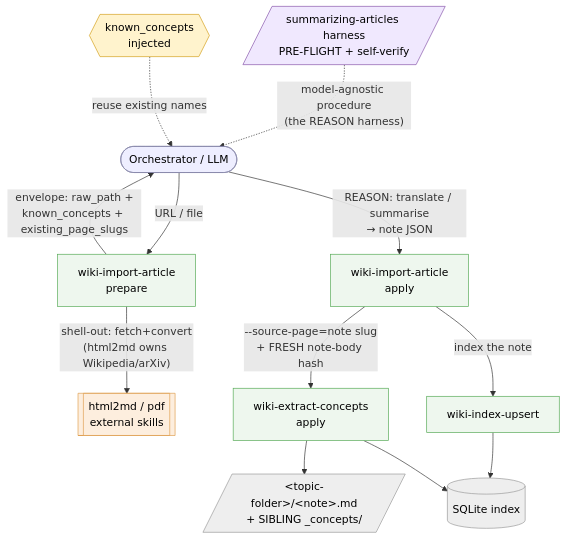
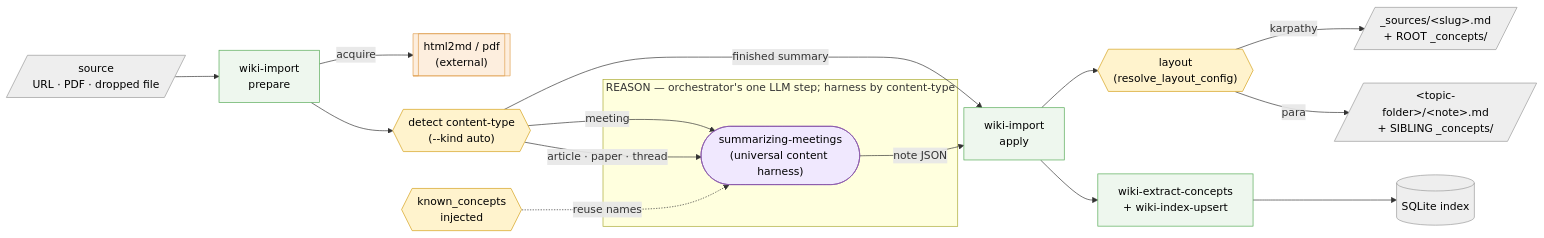
Before and after one commit to MatrixFounder/llm-wiki: the second of 3 diagrams in docs/architectures/functional-architecture.md, drawn with Mermaid. The commit also changed other lines of this file and 22 other files, not shown here.

````diff
--- a/docs/architectures/functional-architecture.md
+++ b/docs/architectures/functional-architecture.md
@@ -741,31 +715,24 @@
 ```mermaid
-flowchart TD
-    O(["Orchestrator / LLM"])
-    PP["wiki-import-article<br/>prepare"]
-    H[["html2md / pdf<br/>external skills"]]
-    SA[/"summarizing-articles harness<br/>PRE-FLIGHT + self-verify"/]
-    AP["wiki-import-article<br/>apply"]
-    EC["wiki-extract-concepts<br/>apply"]
-    UP["wiki-index-upsert"]
-    KC{{"known_concepts<br/>injected"}}
-    FS[/"&lt;topic-folder&gt;/&lt;note&gt;.md<br/>+ SIBLING _concepts/"/]
-    DB[("SQLite index")]
-    O -->|"URL / file"| PP
-    PP -->|"shell-out: fetch+convert<br/>(html2md owns Wikipedia/arXiv)"| H
-    PP -->|"envelope: raw_path +<br/>known_concepts + existing_page_slugs"| O
-    SA -.->|"model-agnostic procedure<br/>(the REASON harness)"| O
-    KC -.->|"reuse existing names"| O
-    O -->|"REASON: translate / summarise<br/>→ note JSON"| AP
-    AP -->|"--source-page=note slug<br/>+ FRESH note-body hash"| EC
-    AP -->|"index the note"| UP
-    EC --> FS
-    UP --> DB
-    EC --> DB
-    classDef llm fill:#eef,stroke:#88a,color:#000;
+flowchart LR
+    SRC[/"source<br/>URL · PDF · dropped file"/] --> PREP["wiki-import<br/>prepare"]
+    PREP -->|acquire| ACQ[["html2md / pdf<br/>(external)"]]
+    PREP --> KIND{{"detect content-type<br/>(--kind auto)"}}
+    KIND -->|meeting| R
+    KIND -->|article · paper · thread| R
+    KIND -->|finished summary| FILE
+    KC{{"known_concepts<br/>injected"}} -.->|reuse names| R
+    subgraph REASON["REASON — orchestrator's one LLM step; harness by content-type"]
+      R(["summarizing-meetings<br/>(universal content harness)"])
+    end
+    R -->|note JSON| FILE["wiki-import<br/>apply"]
+    FILE --> LAY{{"layout<br/>(resolve_layout_config)"}}
+    LAY -->|karpathy| KP[/"_sources/&lt;slug&gt;.md<br/>+ ROOT _concepts/"/]
+    LAY -->|para| PA[/"&lt;topic-folder&gt;/&lt;note&gt;.md<br/>+ SIBLING _concepts/"/]
+    FILE --> IDX["wiki-extract-concepts<br/>+ wiki-index-upsert"] --> DB[("SQLite index")]
     classDef cli fill:#eef7ee,stroke:#5a5,color:#000;
     classDef ext fill:#fdeede,stroke:#e0a050,color:#000;
     classDef disc fill:#fff3cd,stroke:#d4a017,color:#000;
     classDef store fill:#eee,stroke:#999,color:#000;
     classDef harness fill:#f0e8fe,stroke:#85a,color:#000;
-    class O llm; class PP,AP,EC,UP cli; class H ext; class KC disc; class FS,DB store; class SA harness;
+    class PREP,FILE,IDX cli; class ACQ ext; class KIND,LAY,KC disc; class SRC,KP,PA,DB store; class R harness;
 ```
````
